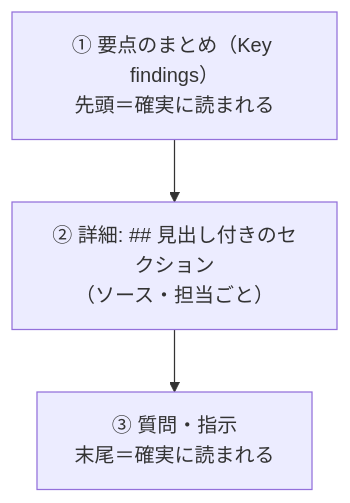
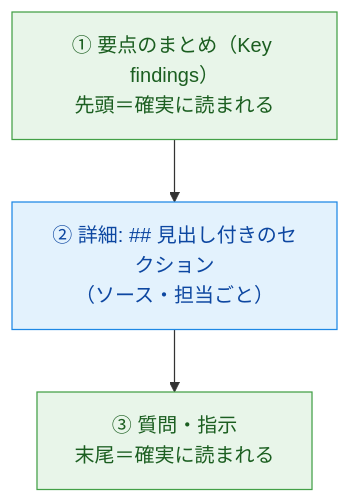
Before and after one commit to yuya-take/yuya-exam-notes: the diagram in ccaf/notes/05-context-reliability/lost-in-the-middle-structured-passing.md, drawn with Mermaid. The commit also changed other lines of this file and 50 other files, not shown here.

````diff
--- a/ccaf/notes/05-context-reliability/lost-in-the-middle-structured-passing.md
+++ b/ccaf/notes/05-context-reliability/lost-in-the-middle-structured-passing.md
@@ -14,5 +12,9 @@
 ```mermaid
 flowchart TB
   A["① 要点のまとめ（Key findings）<br/>先頭＝確実に読まれる"] --> B["② 詳細: ## 見出し付きのセクション<br/>（ソース・担当ごと）"]
   B --> C["③ 質問・指示<br/>末尾＝確実に読まれる"]
+  classDef run fill:#e3f2fd,stroke:#1e88e5,color:#0d47a1
+  classDef done fill:#e8f5e9,stroke:#43a047,color:#1b5e20
+  class A,C done
+  class B run
 ```
````
